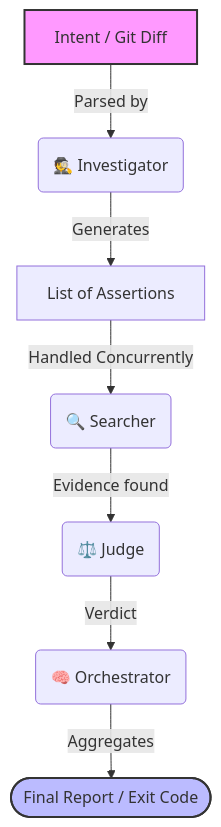
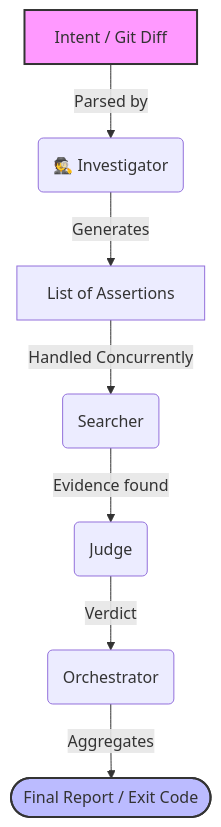
The diagram in README.md (userdeter1/Intent-Completeness-Checker), drawn with Mermaid before and after one commit. The commit also changed other lines of this file and 1 other file, not shown here.

````diff
--- a/README.md
+++ b/README.md
@@ -52,14 +52,14 @@
 ```mermaid
 flowchart TD
     A[Intent / Git Diff] -->|Parsed by| B(🕵️ Investigator)
     B -->|Generates| C[List of Assertions]
     
-    C -->|Handled Concurrently| D(🔍 Searcher)
-    D -->|Evidence found| E(⚖️ Judge)
+    C -->|Handled Concurrently| D(Searcher)
+    D -->|Evidence found| E(Judge)
     
-    E -->|Verdict| F(🧠 Orchestrator)
+    E -->|Verdict| F(Orchestrator)
     F -->|Aggregates| G([Final Report / Exit Code])
 
     style A fill:#f9f,stroke:#333,stroke-width:2px
     style G fill:#bbf,stroke:#333,stroke-width:2px
 ```
````
